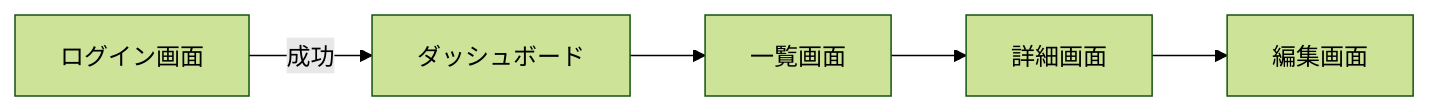
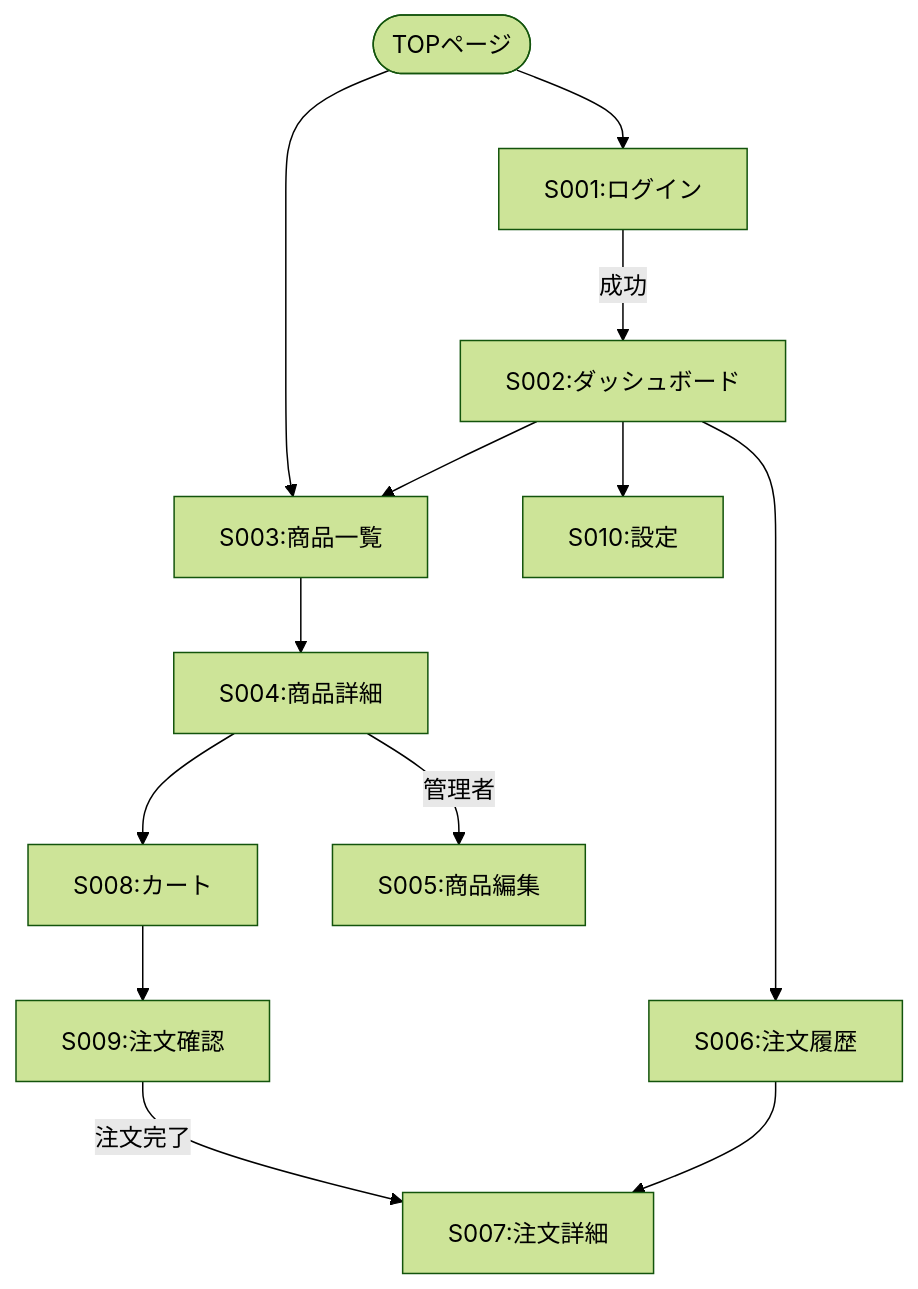
One commit to RyukaST077/aidriven_template changed the diagram in templates/implements_design/007_画面設計書.md. Above: the diagram before and after it, drawn with Mermaid (forest theme). The commit also changed other lines of this file and 4 other files, not shown here.

````diff
--- a/templates/implements_design/007_画面設計書.md
+++ b/templates/implements_design/007_画面設計書.md
@@ -11,7 +33,19 @@
 ```mermaid
-graph LR
-    Login[ログイン画面] -->|成功| Dashboard[ダッシュボード]
-    Dashboard --> List[一覧画面]
-    List --> Detail[詳細画面]
-    Detail --> Edit[編集画面]
+graph TB
+    Start([TOPページ]) --> Login[S001:ログイン]
+    Start --> Products[S003:商品一覧]
+    
+    Login -->|成功| Dashboard[S002:ダッシュボード]
+    Dashboard --> Products
+    Dashboard --> Orders[S006:注文履歴]
+    Dashboard --> Settings[S010:設定]
+    
+    Products --> Detail[S004:商品詳細]
+    Detail --> Cart[S008:カート]
+    Detail -->|管理者| Edit[S005:商品編集]
+    
+    Cart --> Checkout[S009:注文確認]
+    Checkout -->|注文完了| OrderDetail[S007:注文詳細]
+    
+    Orders --> OrderDetail
 ```
````
